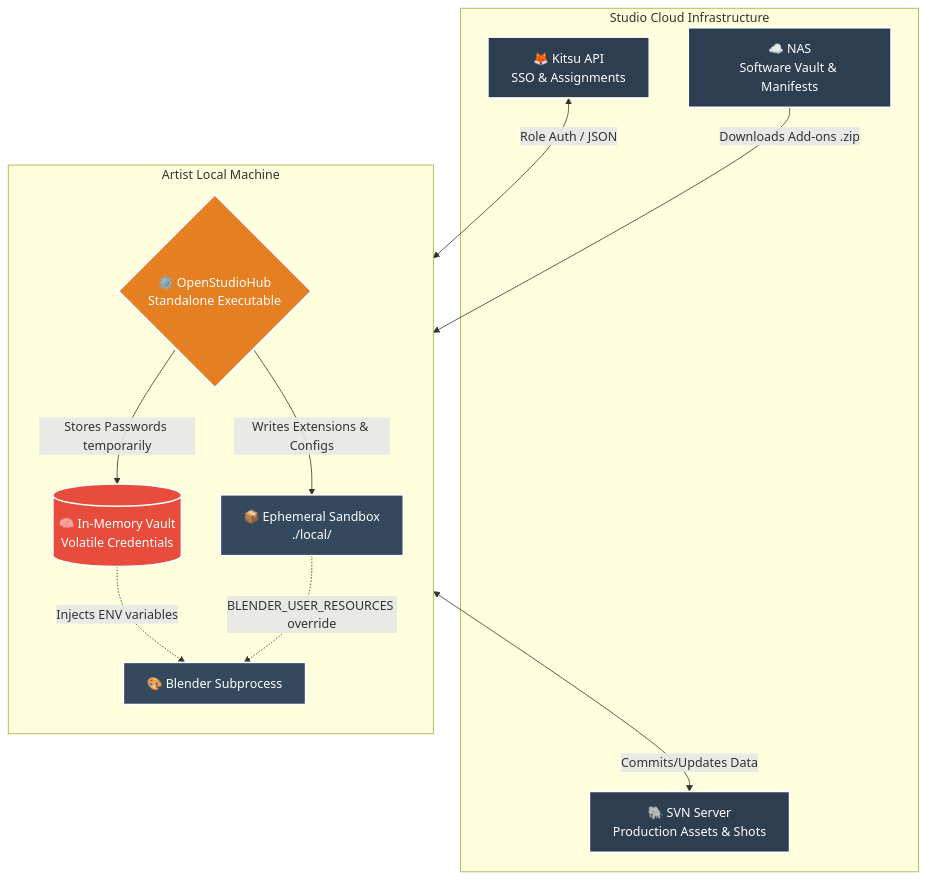
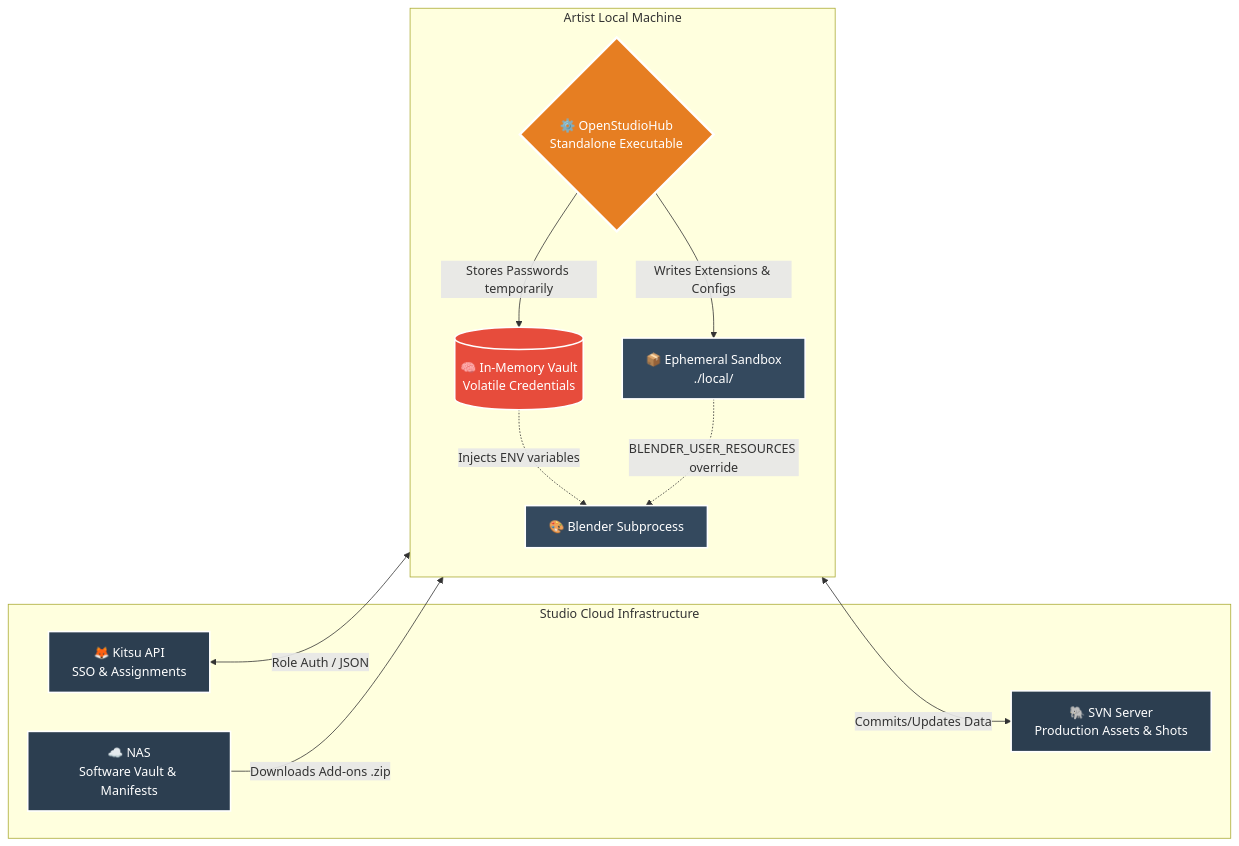
One commit to 3dvm/openstudiohub changed the diagram in README.md. Above: the diagram before and after it, drawn with Mermaid.

Commit message:
Change flowchart direction from TD to LR
Updated flowchart direction in README.

````diff
--- a/README.md
+++ b/README.md
@@ -38,36 +38,36 @@
 ```mermaid
-flowchart TD
+flowchart LR
     subgraph Cloud [Studio Cloud Infrastructure]
         K[🦊 Kitsu API<br>SSO & Assignments]
         N[☁️ NAS<br>Software Vault & Manifests]
         S[🐘 SVN Server<br>Production Assets & Shots]
     end
 
     subgraph Workstation [Artist Local Machine]
         direction TB
         MH{⚙️ OpenStudioHub <br>Standalone Executable}
         RAM[(🧠 In-Memory Vault<br>Volatile Credentials)]
         SB[📦 Ephemeral Sandbox<br>./local/]
         DCC[🎨 Blender Subprocess]
     end
 
     K <-->|Role Auth / JSON| MH
     N -->|Downloads Add-ons .zip| MH
     MH -->|Writes Extensions & Configs| SB
     MH -->|Stores Passwords temporarily| RAM
     
     RAM -.->|Injects ENV variables| DCC
     SB -.->|BLENDER_USER_RESOURCES override| DCC
     DCC <-->|Commits/Updates Data| S
 
     classDef cloud fill:#2c3e50,stroke:#fff,stroke-width:2px,color:#fff;
     classDef local fill:#34495e,stroke:#fff,stroke-width:2px,color:#fff;
     classDef hub fill:#e67e22,stroke:#fff,stroke-width:3px,color:#fff;
     classDef security fill:#e74c3c,stroke:#fff,stroke-width:2px,color:#fff;
 
     class K,N,S cloud;
     class SB,DCC local;
     class MH hub;
     class RAM security;
 
 ```
````
